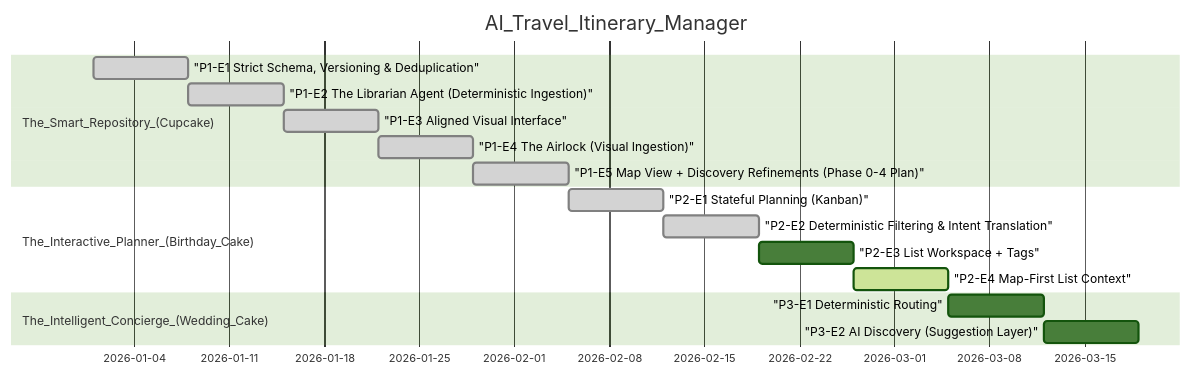
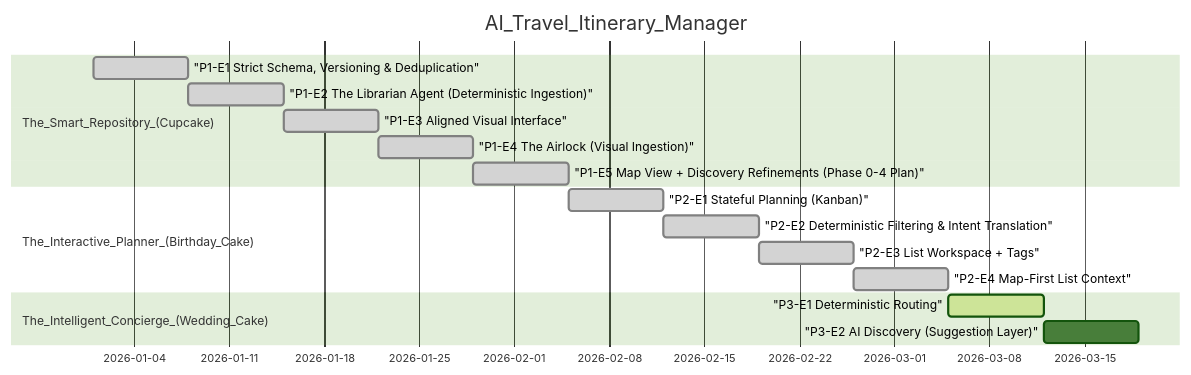
One commit to walshkang/acerca-trip-planner changed the diagram in CONTEXT.md. Above: the diagram before and after it, drawn with Mermaid (forest theme). The commit also changed other lines of this file and 12 other files, not shown here.

Commit message:
Redraft deterministic routing doc

````diff
--- a/CONTEXT.md
+++ b/CONTEXT.md
@@ -57,19 +57,19 @@
 ```mermaid
 gantt
   dateFormat YYYY-MM-DD
   title AI_Travel_Itinerary_Manager
   section The_Smart_Repository_(Cupcake)
   "P1-E1 Strict Schema, Versioning & Deduplication" :done, p1e1, 2026-01-01, 7d
   "P1-E2 The Librarian Agent (Deterministic Ingestion)" :done, p1e2, after p1e1, 7d
   "P1-E3 Aligned Visual Interface" :done, p1e3, after p1e2, 7d
   "P1-E4 The Airlock (Visual Ingestion)" :done, p1e4, after p1e3, 7d
   "P1-E5 Map View + Discovery Refinements (Phase 0-4 Plan)" :done, p1e5, after p1e4, 7d
   section The_Interactive_Planner_(Birthday_Cake)
   "P2-E1 Stateful Planning (Kanban)" :done, p2e1, after p1e5, 7d
   "P2-E2 Deterministic Filtering & Intent Translation" :done, p2e2, after p2e1, 7d
-  "P2-E3 List Workspace + Tags" :p2e3, after p2e2, 7d
-  "P2-E4 Map-First List Context" :active, p2e4, after p2e3, 7d
+  "P2-E3 List Workspace + Tags" :done, p2e3, after p2e2, 7d
+  "P2-E4 Map-First List Context" :done, p2e4, after p2e3, 7d
   section The_Intelligent_Concierge_(Wedding_Cake)
-  "P3-E1 Deterministic Routing" :p3e1, after p2e4, 7d
+  "P3-E1 Deterministic Routing" :active, p3e1, after p2e4, 7d
   "P3-E2 AI Discovery (Suggestion Layer)" :p3e2, after p3e1, 7d
 ```
````
